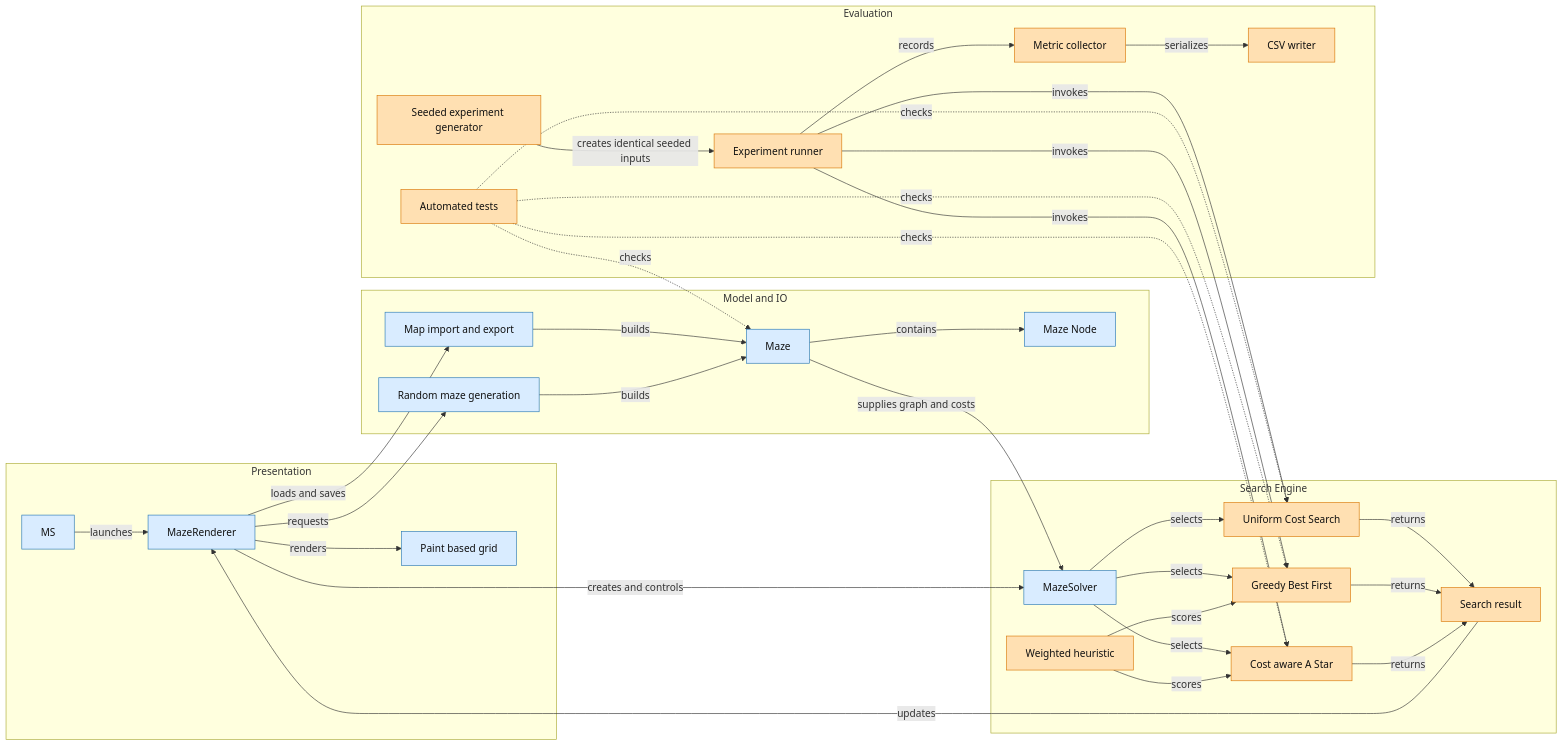
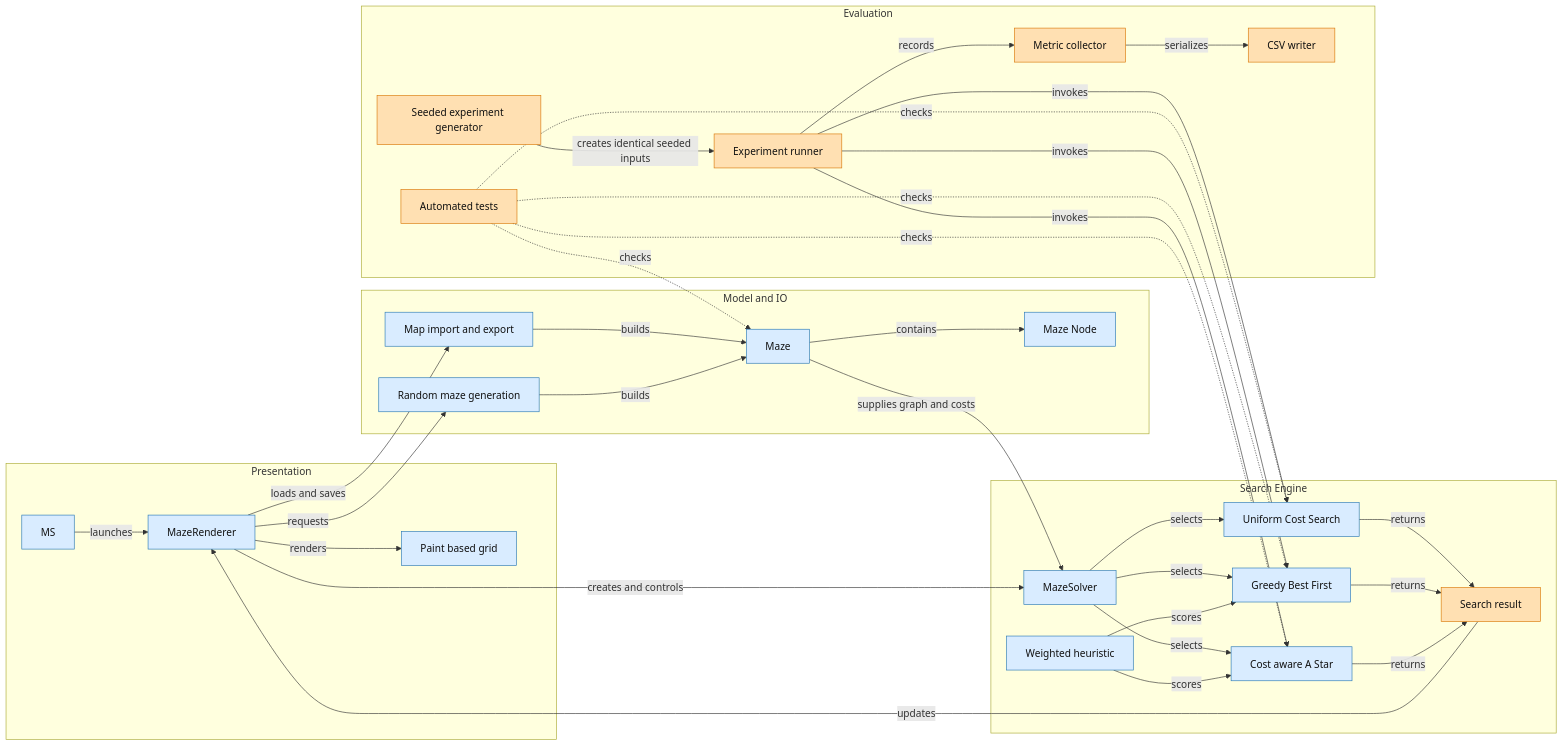
Before and after one commit to Intro-to-AI-group7/Maze-Solver: the second of 2 diagrams in TODO.md, drawn with Mermaid. The commit also changed other lines of this file and 57 other files, not shown here.

```diff
--- a/TODO.md
+++ b/TODO.md
@@ -193,63 +200,64 @@
 ~~~mermaid
 flowchart LR
     subgraph cPresentation["Presentation"]
         cEntry["MS"]
         cRenderer["MazeRenderer"]
         cPaint["Paint based grid"]
     end
     subgraph cModelLayer["Model and IO"]
         cMaze["Maze"]
         cNode["Maze Node"]
         cMapIO["Map import and export"]
         cGenerator["Random maze generation"]
     end
     subgraph cSearchLayer["Search Engine"]
         cSolver["MazeSolver"]
         cUcs["Uniform Cost Search"]
         cGreedy["Greedy Best First"]
         cAStar["Cost aware A Star"]
         cHeuristic["Weighted heuristic"]
         cSearchResult["Search result"]
     end
     subgraph cEvaluationLayer["Evaluation"]
         cExperimentGenerator["Seeded experiment generator"]
         cExperimentRunner["Experiment runner"]
         cMetricCollector["Metric collector"]
         cCsvWriter["CSV writer"]
         cTestSuite["Automated tests"]
     end
 
     cEntry -->|"launches"| cRenderer
     cRenderer -->|"creates and controls"| cSolver
     cRenderer -->|"renders"| cPaint
     cRenderer -->|"loads and saves"| cMapIO
     cRenderer -->|"requests"| cGenerator
     cMapIO -->|"builds"| cMaze
     cGenerator -->|"builds"| cMaze
     cMaze -->|"contains"| cNode
     cMaze -->|"supplies graph and costs"| cSolver
     cSolver -->|"selects"| cUcs
     cSolver -->|"selects"| cGreedy
     cSolver -->|"selects"| cAStar
     cHeuristic -->|"scores"| cGreedy
     cHeuristic -->|"scores"| cAStar
     cUcs -->|"returns"| cSearchResult
     cGreedy -->|"returns"| cSearchResult
     cAStar -->|"returns"| cSearchResult
     cSearchResult -->|"updates"| cRenderer
     cExperimentGenerator -->|"creates identical seeded inputs"| cExperimentRunner
     cExperimentRunner -->|"invokes"| cUcs
     cExperimentRunner -->|"invokes"| cGreedy
     cExperimentRunner -->|"invokes"| cAStar
     cExperimentRunner -->|"records"| cMetricCollector
     cMetricCollector -->|"serializes"| cCsvWriter
     cTestSuite -.->|"checks"| cMaze
     cTestSuite -.->|"checks"| cUcs
     cTestSuite -.->|"checks"| cGreedy
     cTestSuite -.->|"checks"| cAStar
 
     classDef current fill:#d9ecff,stroke:#2878b5,color:#111;
     classDef plannedComponent fill:#ffe0b2,stroke:#d97706,color:#111;
     class cEntry,cRenderer,cPaint,cMaze,cNode,cMapIO,cGenerator,cSolver current;
-    class cUcs,cGreedy,cAStar,cHeuristic,cSearchResult,cExperimentGenerator,cExperimentRunner,cMetricCollector,cCsvWriter,cTestSuite plannedComponent;
+    class cUcs,cGreedy,cAStar,cHeuristic current;
+    class cSearchResult,cExperimentGenerator,cExperimentRunner,cMetricCollector,cCsvWriter,cTestSuite plannedComponent;
 ~~~
```
